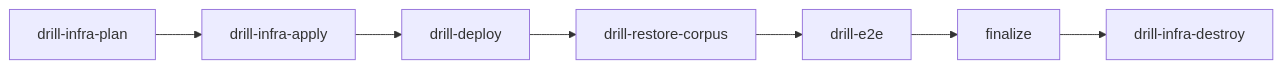
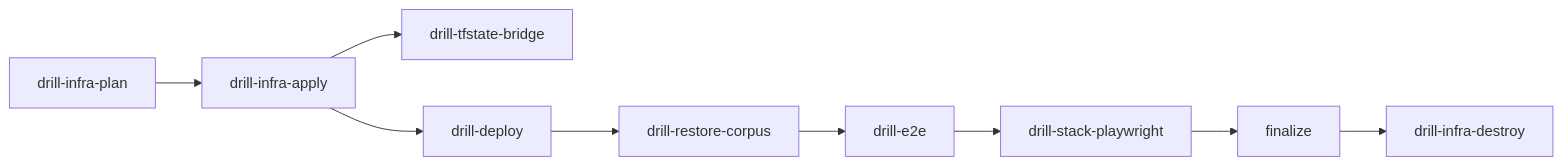
The sixth of 6 diagrams in docs/architecture/HOSTING_AND_INFRASTRUCTURE.md (chipi/podcast_scraper), drawn with Mermaid before and after one commit. The commit also changed other lines of this file and 52 other files, not shown here.

````diff
--- a/docs/architecture/HOSTING_AND_INFRASTRUCTURE.md
+++ b/docs/architecture/HOSTING_AND_INFRASTRUCTURE.md
@@ -304,9 +306,11 @@
 ```mermaid
 flowchart LR
   P[drill-infra-plan] --> A[drill-infra-apply]
+  A --> B[drill-tfstate-bridge]
   A --> D[drill-deploy]
   D --> R[drill-restore-corpus]
   R --> E[drill-e2e]
-  E --> F[finalize]
+  E --> PW[drill-stack-playwright]
+  PW --> F[finalize]
   F --> X[drill-infra-destroy]
 ```
````
